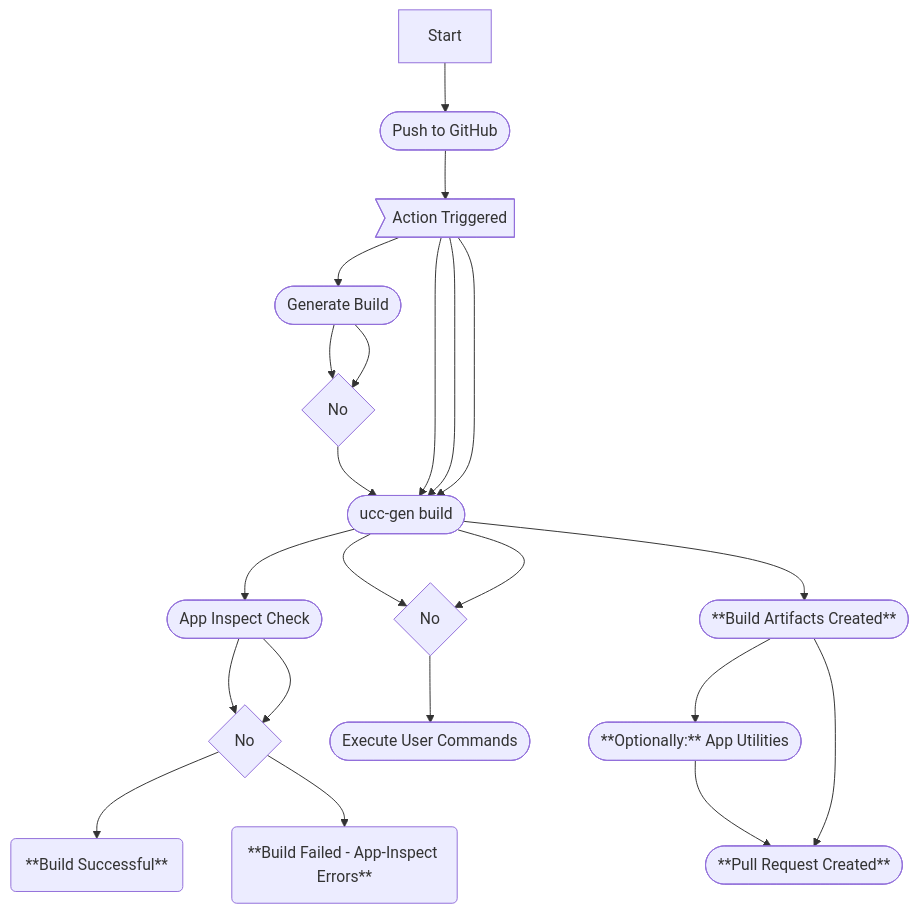
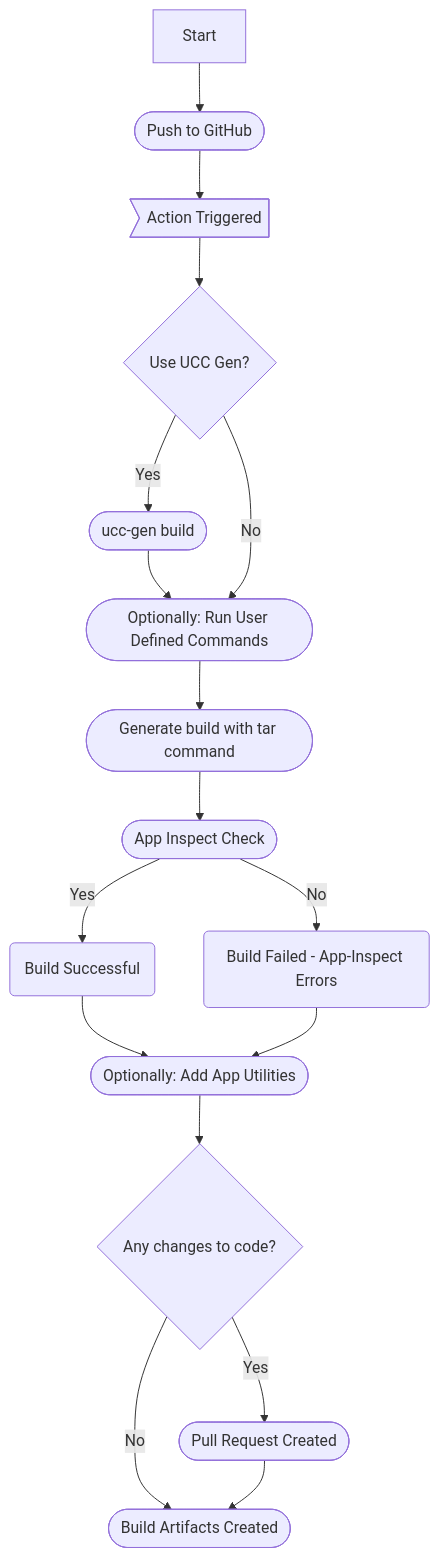
Before and after one commit to VatsalJagani/splunk-app-action: the diagram in README.md, drawn with Mermaid.

Commit message:
Improved flow diagram.

````diff
--- a/README.md
+++ b/README.md
@@ -11,21 +11,24 @@
 ```mermaid
 graph TD
   A[Start] --> B([Push to GitHub])
   B --> C>Action Triggered]
-  C --> D([Generate Build])
-    D --> E{Use UCC Gen? - Yes}
-      E --> F([ucc-gen build])
-    D --> E{No}
-  C --> F --> G([App Inspect Check])
-    G --> H{Passes? - Yes}
-      H --> I(**Build Successful**)
-    G --> H{No}
-      H --> J(**Build Failed - App-Inspect Errors**)
-  C --> F --> K{Run User Defined Commands? - Yes}
-    K --> L([Execute User Commands])
-  C --> F --> K{No}
-  F --> M([**Build Artifacts Created**])
-  M --> N([**Optionally:** App Utilities])
-    N --> O([**Pull Request Created**])
-  M --> O
+
+  C --> D{Use UCC Gen?}
+  D --> |Yes| E([ucc-gen build])
+  E --> F([Optionally: Run User Defined Commands])
+
+  D --> |No| F
+  F --> G([Generate build with tar command])
+
+  G --> H([App Inspect Check])
+  H --> |Yes| I(Build Successful)
+  H --> |No| J(Build Failed - App-Inspect Errors)
+
+  I --> K([Optionally: Add App Utilities])
+  J --> K
+  K --> L{Any changes to code?}
+  L --> |Yes| M([Pull Request Created])
+
+  L --> |No| N([Build Artifacts Created])
+  M --> N
 ```
````
